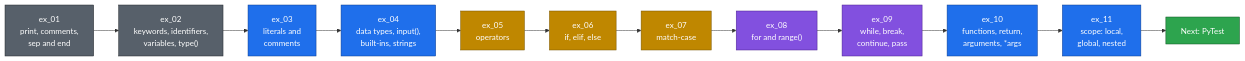
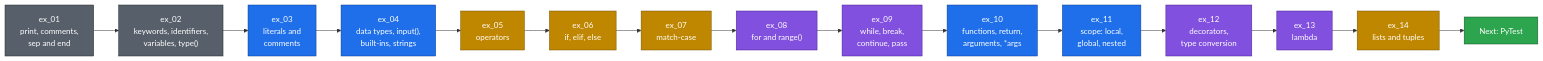
Before and after one commit to PramodDutta/AITesterBlueprint4x: diagram 30 of 45 in README.md, drawn with Mermaid. The commit also changed other lines of this file and 19 other files, not shown here.

First line of the commit message:
feat: add chapter 15 decorators, lambdas, lists

````diff
--- a/README.md
+++ b/README.md
@@ -2149,26 +2158,31 @@
 ```mermaid
 flowchart LR
     A["ex_01<br/>print, comments,<br/>sep and end"] --> B["ex_02<br/>keywords, identifiers,<br/>variables, type()"]
     B --> C["ex_03<br/>literals and<br/>comments"]
     C --> D["ex_04<br/>data types, input(),<br/>built-ins, strings"]
     D --> E["ex_05<br/>operators"]
     E --> F["ex_06<br/>if, elif, else"]
     F --> H["ex_07<br/>match-case"]
     H --> I["ex_08<br/>for and range()"]
     I --> J["ex_09<br/>while, break,<br/>continue, pass"]
     J --> K["ex_10<br/>functions, return,<br/>arguments, *args"]
     K --> L["ex_11<br/>scope: local,<br/>global, nested"]
-    L --> G["Next: PyTest"]
+    L --> M["ex_12<br/>decorators,<br/>type conversion"]
+    M --> N["ex_13<br/>lambda"]
+    N --> O["ex_14<br/>lists and tuples"]
+    O --> G["Next: PyTest"]
 
     classDef src fill:#57606a,stroke:#24292f,color:#fff
     classDef ai fill:#1f6feb,stroke:#0b3d91,color:#fff
     classDef gate fill:#bf8700,stroke:#7a5600,color:#fff
     classDef pack fill:#8250df,stroke:#4a1f8f,color:#fff
     classDef out fill:#2da44e,stroke:#0f5323,color:#fff
     class A,B src
     class C,D ai
     class E,F,H gate
     class I,J pack
     class K,L ai
+    class M,N pack
+    class O gate
     class G out
 ```
````
